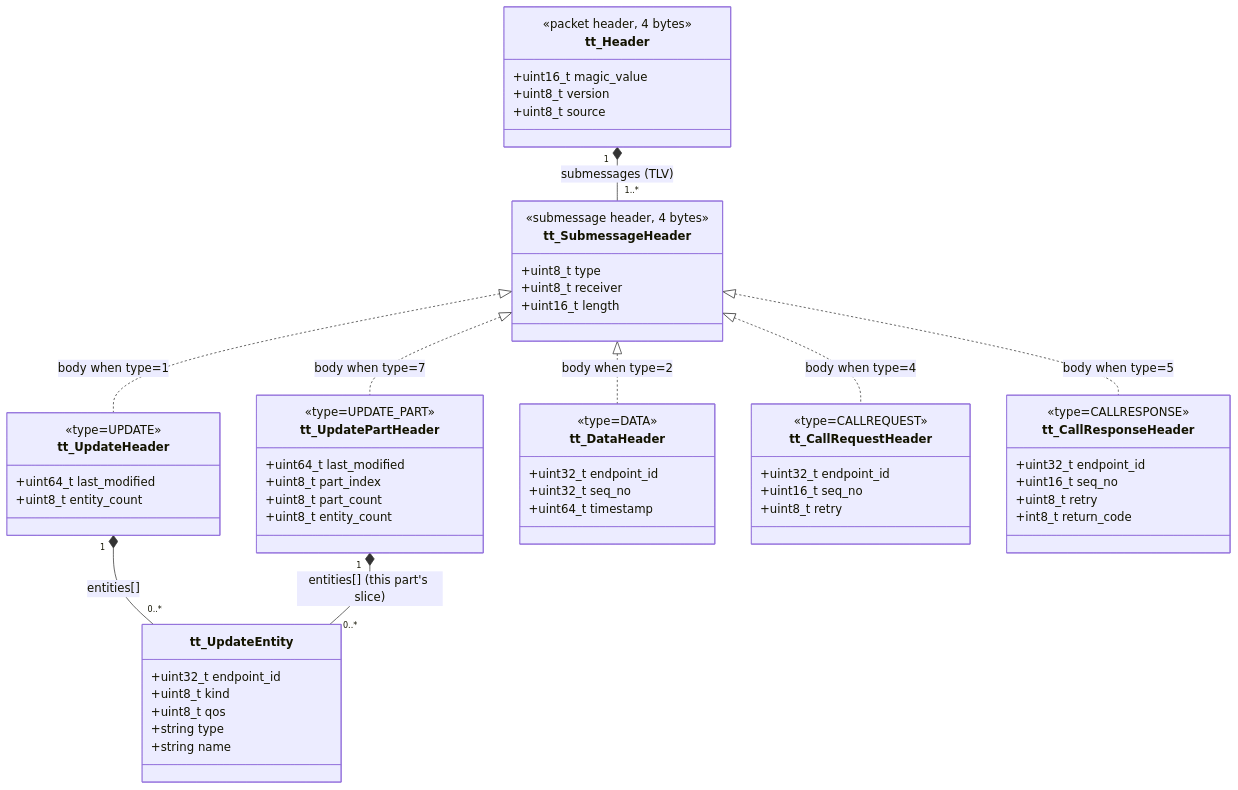
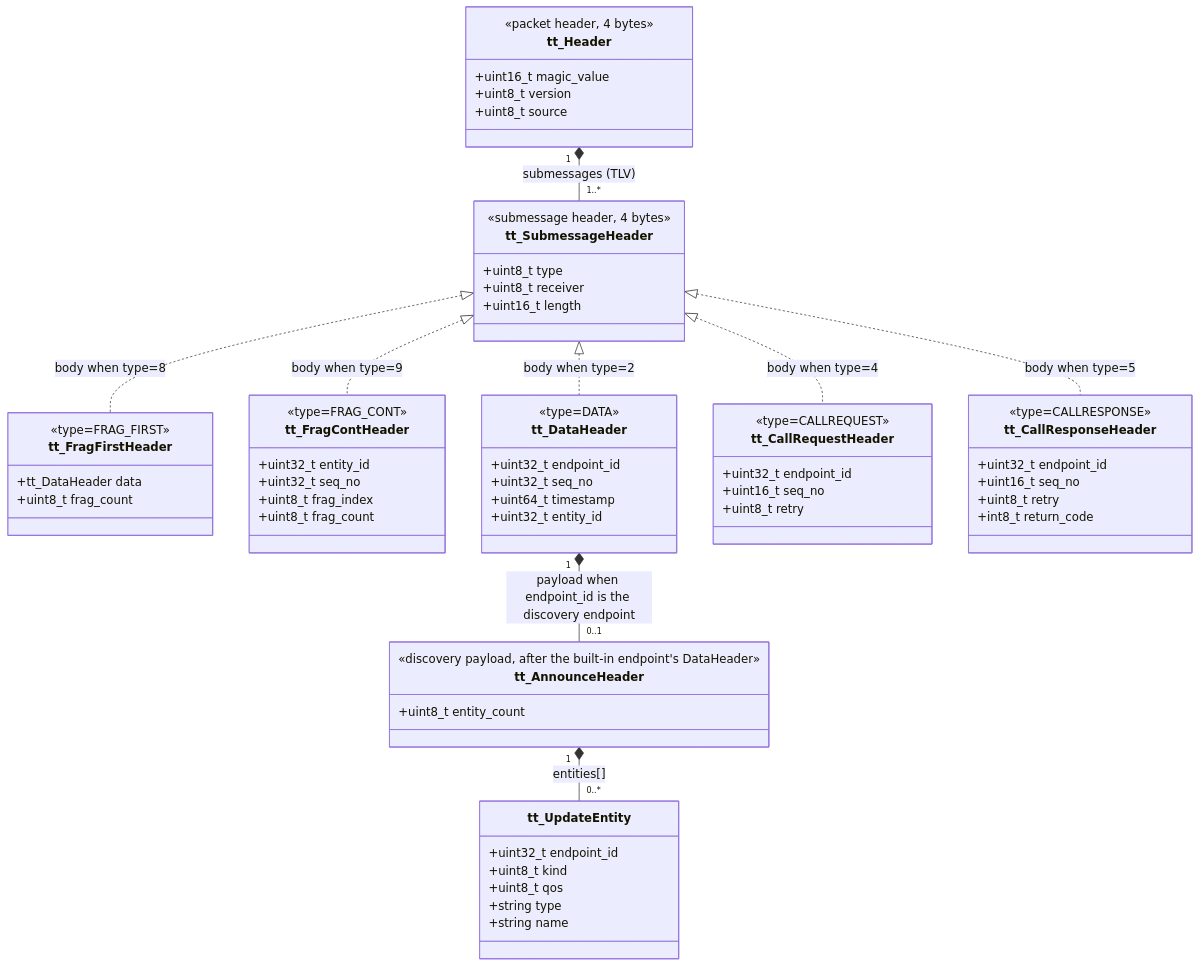
The second of 4 diagrams in DESIGN.md (tsnlab/tickle), drawn with Mermaid before and after one commit. The commit also changed other lines of this file and 32 other files, not shown here.

First line of the commit message:
core: discovery is a DATA of a built-in endpoint - tt_VERSION 7

````diff
--- a/DESIGN.md
+++ b/DESIGN.md
@@ -132,69 +132,75 @@
 ```mermaid
 classDiagram
     class tt_Header {
         <<packet header, 4 bytes>>
         +uint16_t magic_value
         +uint8_t version
         +uint8_t source
     }
 
     class tt_SubmessageHeader {
         <<submessage header, 4 bytes>>
         +uint8_t type
         +uint8_t receiver
         +uint16_t length
     }
 
-    class tt_UpdateHeader {
-        <<type=UPDATE>>
-        +uint64_t last_modified
+    class tt_AnnounceHeader {
+        <<discovery payload, after the built-in endpoint's DataHeader>>
         +uint8_t entity_count
     }
 
-    class tt_UpdatePartHeader {
-        <<type=UPDATE_PART>>
-        +uint64_t last_modified
-        +uint8_t part_index
-        +uint8_t part_count
-        +uint8_t entity_count
+    class tt_FragFirstHeader {
+        <<type=FRAG_FIRST>>
+        +tt_DataHeader data
+        +uint8_t frag_count
+    }
+
+    class tt_FragContHeader {
+        <<type=FRAG_CONT>>
+        +uint32_t entity_id
+        +uint32_t seq_no
+        +uint8_t frag_index
+        +uint8_t frag_count
     }
 
     class tt_UpdateEntity {
         +uint32_t endpoint_id
         +uint8_t kind
         +uint8_t qos
         +string type
         +string name
     }
 
     class tt_DataHeader {
         <<type=DATA>>
         +uint32_t endpoint_id
         +uint32_t seq_no
         +uint64_t timestamp
+        +uint32_t entity_id
     }
 
     class tt_CallRequestHeader {
         <<type=CALLREQUEST>>
         +uint32_t endpoint_id
         +uint16_t seq_no
         +uint8_t retry
     }
 
     class tt_CallResponseHeader {
         <<type=CALLRESPONSE>>
         +uint32_t endpoint_id
         +uint16_t seq_no
         +uint8_t retry
         +int8_t return_code
     }
 
     tt_Header "1" *-- "1..*" tt_SubmessageHeader : submessages (TLV)
-    tt_SubmessageHeader <|.. tt_UpdateHeader : body when type=1
     tt_SubmessageHeader <|.. tt_DataHeader : body when type=2
     tt_SubmessageHeader <|.. tt_CallRequestHeader : body when type=4
     tt_SubmessageHeader <|.. tt_CallResponseHeader : body when type=5
-    tt_SubmessageHeader <|.. tt_UpdatePartHeader : body when type=7
-    tt_UpdateHeader "1" *-- "0..*" tt_UpdateEntity : entities[]
-    tt_UpdatePartHeader "1" *-- "0..*" tt_UpdateEntity : entities[] (this part's slice)
+    tt_SubmessageHeader <|.. tt_FragFirstHeader : body when type=8
+    tt_SubmessageHeader <|.. tt_FragContHeader : body when type=9
+    tt_DataHeader "1" *-- "0..1" tt_AnnounceHeader : payload when endpoint_id is the discovery endpoint
+    tt_AnnounceHeader "1" *-- "0..*" tt_UpdateEntity : entities[]
 ```
````
